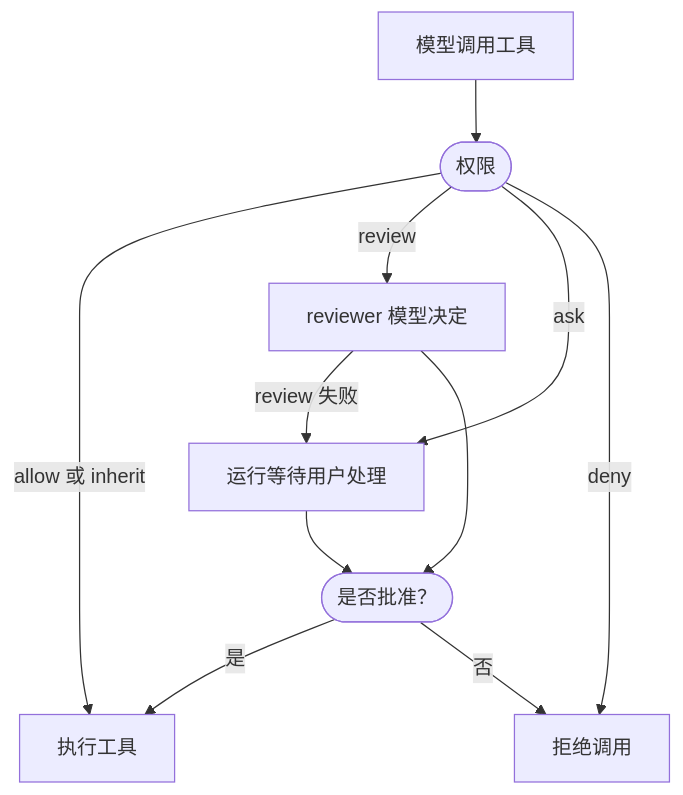
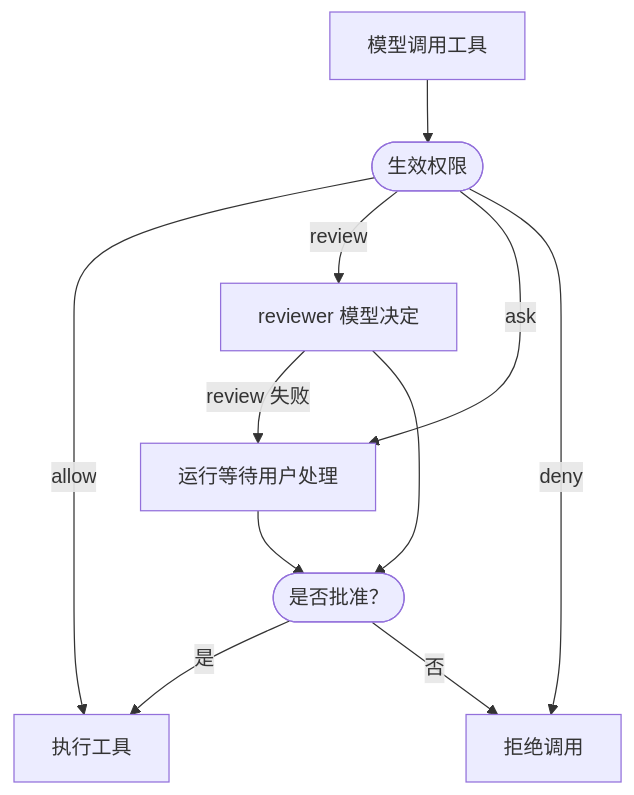
One commit to converge-ai-labs/agent-foundation changed the second of 3 diagrams in docs/a13n-service/agents-and-runs.zh-CN.md. Above: the diagram before and after it, drawn with Mermaid. The commit also changed other lines of this file and 199 other files, not shown here.

````diff
--- a/docs/a13n-service/agents-and-runs.zh-CN.md
+++ b/docs/a13n-service/agents-and-runs.zh-CN.md
@@ -90,18 +90,18 @@
 ```mermaid
 flowchart TB
-    Call["模型调用工具"] --> Permission(["权限"])
-    Permission -->|"allow 或 inherit"| Run["执行工具"]
+    Call["模型调用工具"] --> Permission(["生效权限"])
+    Permission -->|"allow"| Run["执行工具"]
     Permission -->|"review"| Reviewer["reviewer 模型决定"]
     Permission -->|"ask"| Person["运行等待用户处理"]
     Permission -->|"deny"| Refuse["拒绝调用"]
     Reviewer -->|"review 失败"| Person
     Reviewer --> Decision(["是否批准？"])
     Person --> Decision
     Decision -->|"是"| Run
     Decision -->|"否"| Refuse
 
     class Run success
     class Refuse danger
     class Person warning
     class Reviewer ext
 ```
````
